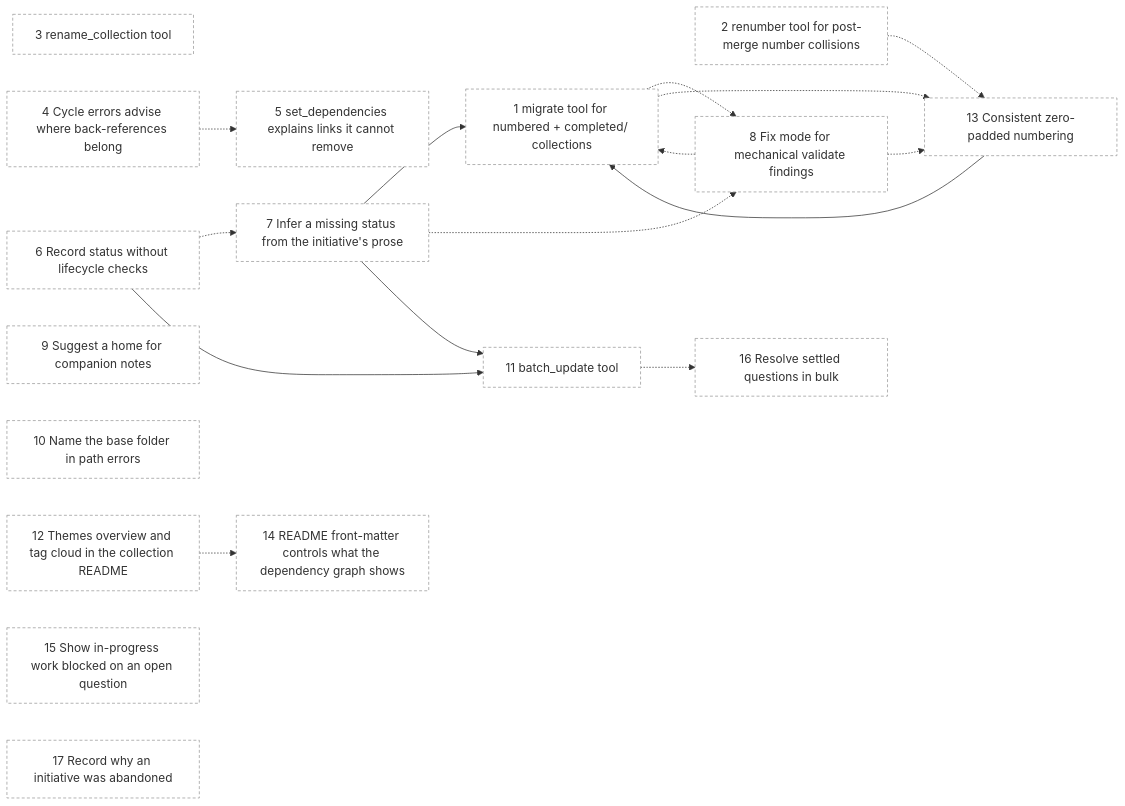
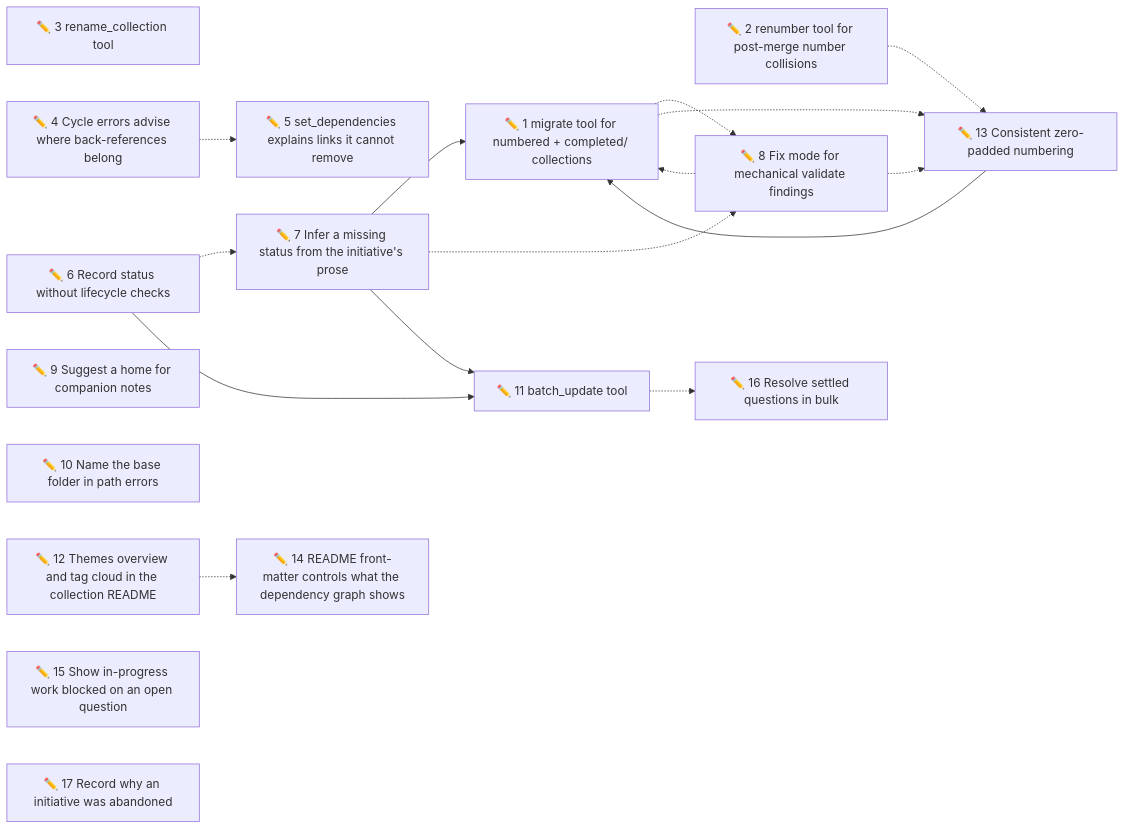
The diagram in initiatives/README.md (duckAsteroid/brindley), drawn with Mermaid before and after one commit. The commit also changed 3 other files, not shown here.

First line of the commit message:
feat: show initiative status in the graph with emoji, not colours

````diff
--- a/initiatives/README.md
+++ b/initiatives/README.md
@@ -43,40 +43,34 @@
 ```mermaid
 flowchart LR
-  n1["1 migrate tool for numbered + completed/ collections"]:::draft
-  n2["2 renumber tool for post-merge number collisions"]:::draft
-  n3["3 rename_collection tool"]:::draft
-  n4["4 Cycle errors advise where back-references belong"]:::draft
-  n5["5 set_dependencies explains links it cannot remove"]:::draft
-  n6["6 Record status without lifecycle checks"]:::draft
-  n7["7 Infer a missing status from the initiative's prose"]:::draft
-  n8["8 Fix mode for mechanical validate findings"]:::draft
-  n9["9 Suggest a home for companion notes"]:::draft
-  n10["10 Name the base folder in path errors"]:::draft
-  n11["11 batch_update tool"]:::draft
-  n12["12 Themes overview and tag cloud in the collection README"]:::draft
-  n13["13 Consistent zero-padded numbering"]:::draft
-  n14["14 README front-matter controls what the dependency graph shows"]:::draft
-  n15["15 Show in-progress work blocked on an open question"]:::draft
-  n16["16 Resolve settled questions in bulk"]:::draft
-  n17["17 Record why an initiative was abandoned"]:::draft
+  n1["✏️ 1 migrate tool for numbered + completed/ collections"]
+  n2["✏️ 2 renumber tool for post-merge number collisions"]
+  n3["✏️ 3 rename_collection tool"]
+  n4["✏️ 4 Cycle errors advise where back-references belong"]
+  n5["✏️ 5 set_dependencies explains links it cannot remove"]
+  n6["✏️ 6 Record status without lifecycle checks"]
+  n7["✏️ 7 Infer a missing status from the initiative's prose"]
+  n8["✏️ 8 Fix mode for mechanical validate findings"]
+  n9["✏️ 9 Suggest a home for companion notes"]
+  n10["✏️ 10 Name the base folder in path errors"]
+  n11["✏️ 11 batch_update tool"]
+  n12["✏️ 12 Themes overview and tag cloud in the collection README"]
+  n13["✏️ 13 Consistent zero-padded numbering"]
+  n14["✏️ 14 README front-matter controls what the dependency graph shows"]
+  n15["✏️ 15 Show in-progress work blocked on an open question"]
+  n16["✏️ 16 Resolve settled questions in bulk"]
+  n17["✏️ 17 Record why an initiative was abandoned"]
   n7 --> n1
   n13 --> n1
   n8 -.-> n1
   n4 -.-> n5
   n6 -.-> n7
   n7 -.-> n8
   n1 -.-> n8
   n6 --> n11
   n7 --> n11
   n1 -.-> n13
   n2 -.-> n13
   n8 -.-> n13
   n12 -.-> n14
   n11 -.-> n16
-  classDef done fill:#e6e6e6,color:#777,stroke:#bbb
-  classDef draft fill:#fff,stroke:#999,stroke-dasharray:4 3
-  classDef designed fill:#e8f0fe,stroke:#4a7bd0
-  classDef ready fill:#d9f2e3,stroke:#2e8b57,stroke-width:2px
-  classDef inprogress fill:#fff4d6,stroke:#d49a00,stroke-width:2px
-  classDef external fill:#fafafa,stroke:#999
 ```
````
